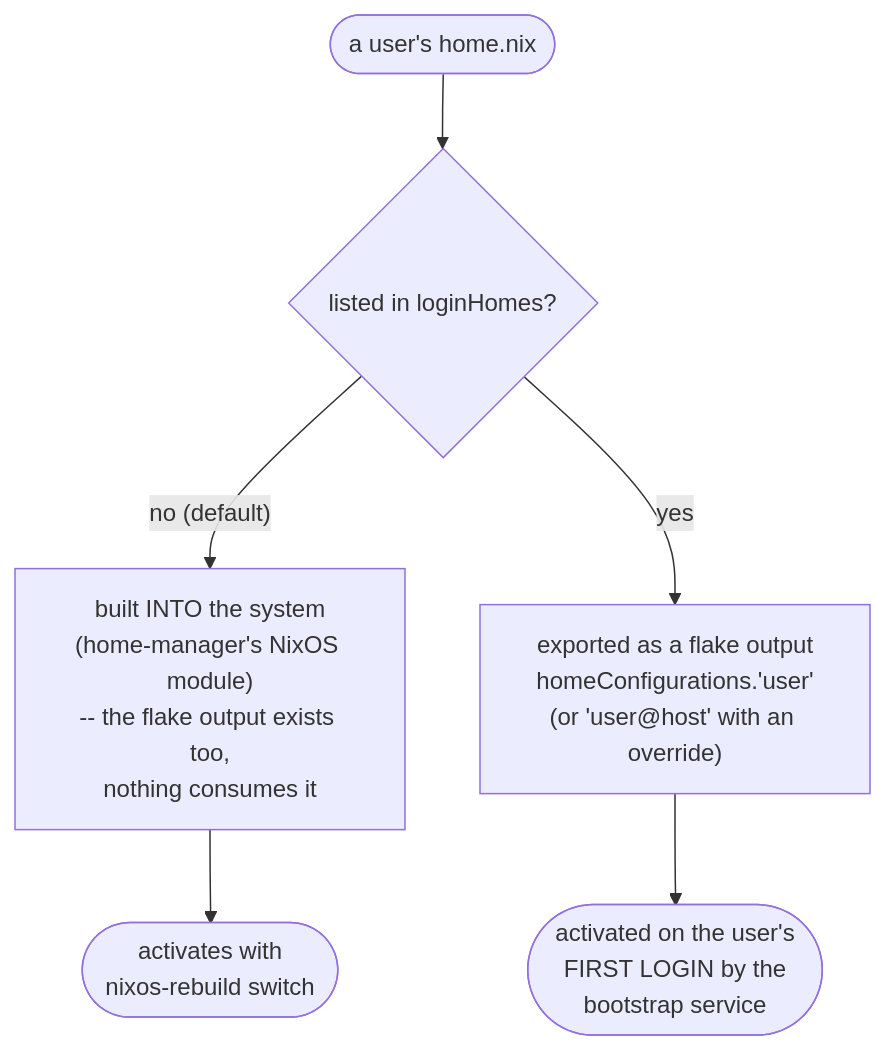
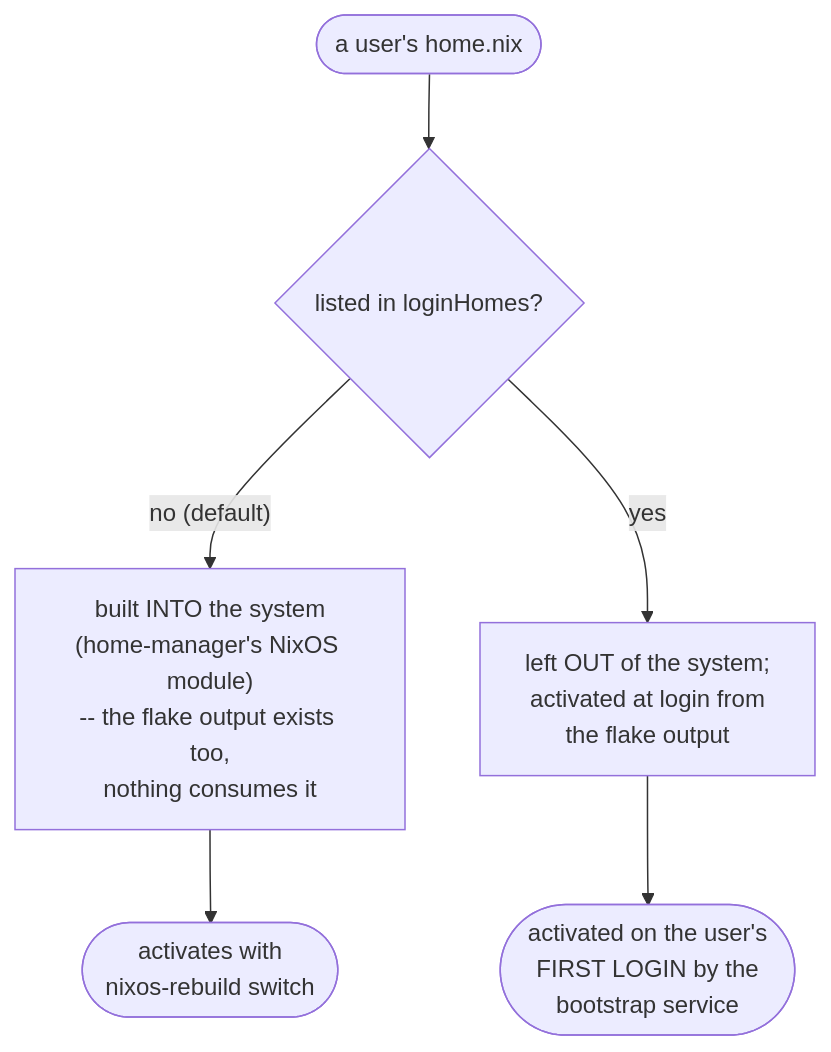
One commit to dvaerum/nixpkgs-lib-extensions changed the third of 3 diagrams in docs/getting-started.md. Above: the diagram before and after it, drawn with Mermaid. The commit also changed other lines of this file and 16 other files, not shown here.

````diff
--- a/docs/getting-started.md
+++ b/docs/getting-started.md
@@ -427,8 +430,8 @@
 ```mermaid
 flowchart TD
     A(["a user's home.nix"]) --> B{"listed in loginHomes?"}
     B -->|"no (default)"| C["built INTO the system<br/>(home-manager's NixOS module)<br/>-- the flake output exists too,<br/>nothing consumes it"]
-    B -->|"yes"| D["exported as a flake output<br/>homeConfigurations.'user'<br/>(or 'user@host' with an override)"]
+    B -->|"yes"| D["left OUT of the system;<br/>activated at login from<br/>the flake output"]
     C --> E(["activates with<br/>nixos-rebuild switch"])
     D --> F(["activated on the user's<br/>FIRST LOGIN by the<br/>bootstrap service"])
 ```
````
